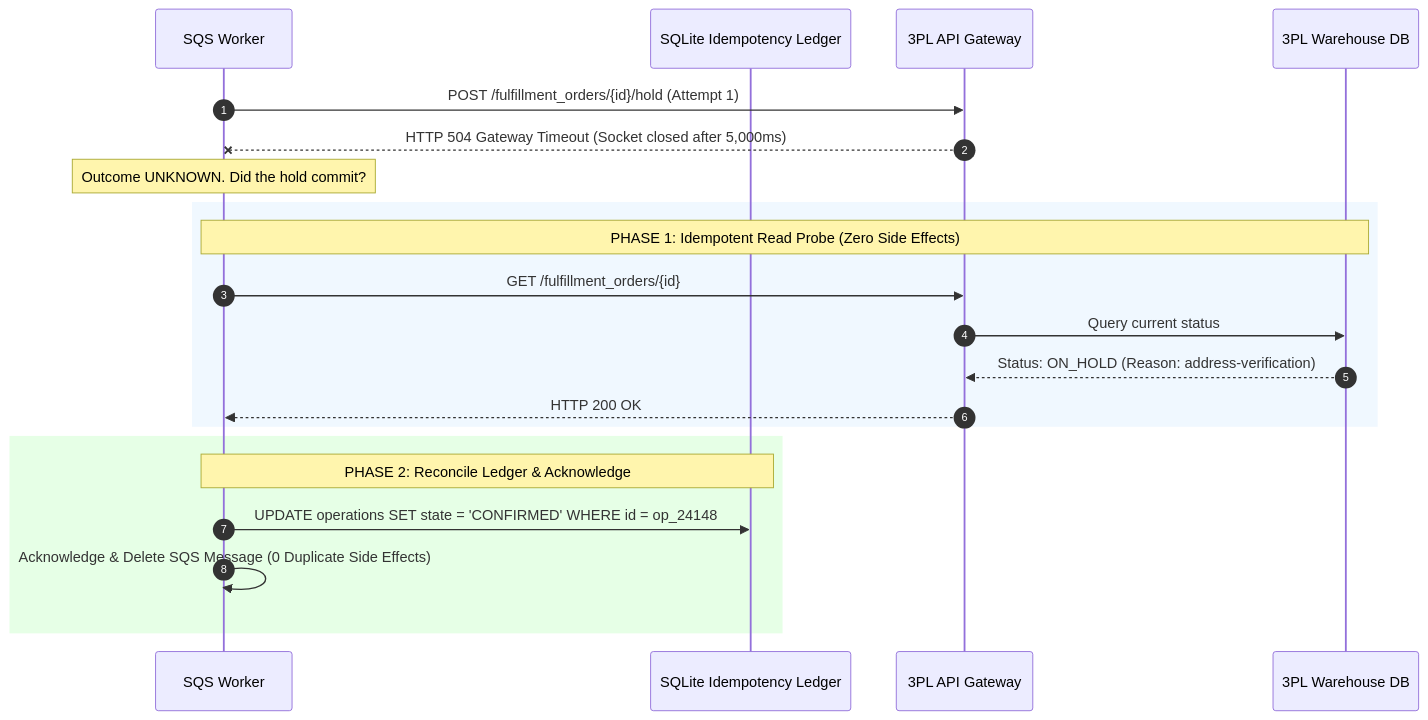
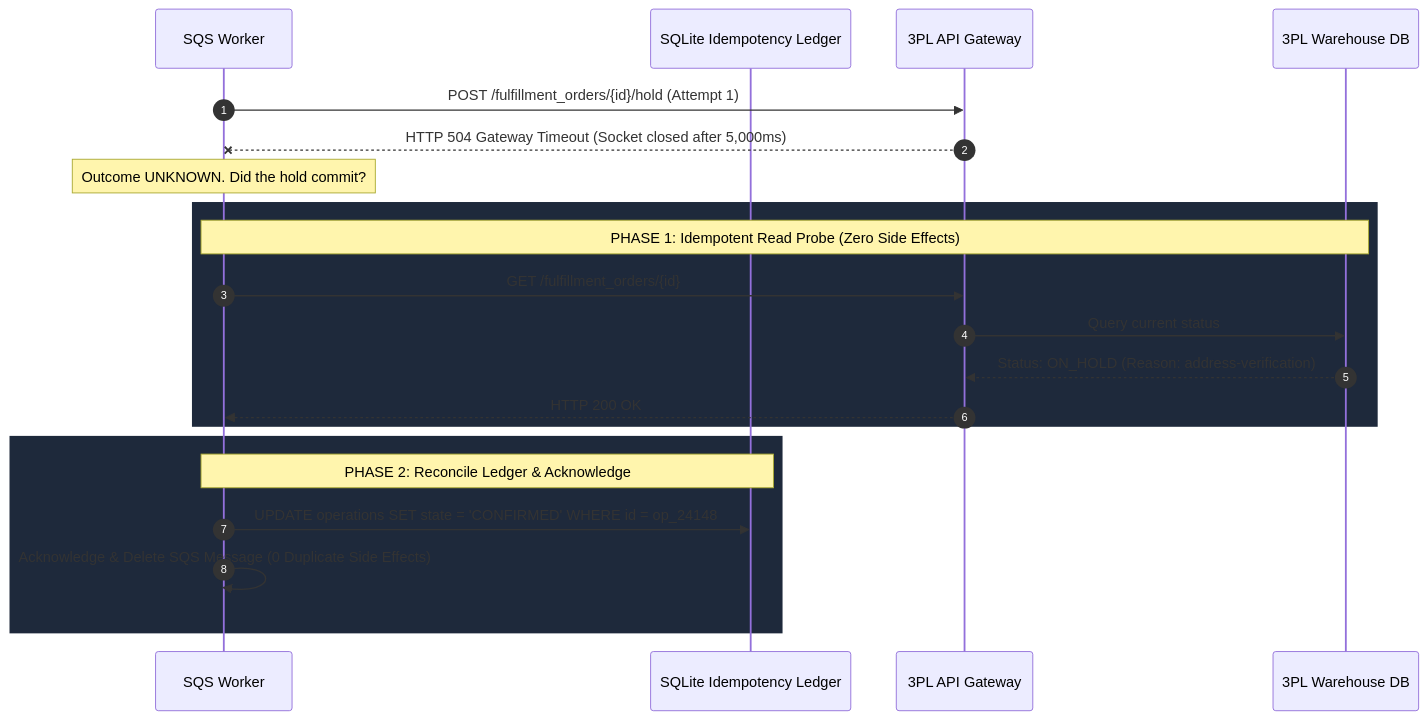
One commit to riovicsusas/portfolio changed the sixth of 7 diagrams in domain-4-business-automation/MasterDossier-Domain4-WebhookAutomationAndFlowTriage.md. Above: the diagram before and after it, drawn with Mermaid. The commit also changed other lines of this file, not shown here.

````diff
--- a/domain-4-business-automation/MasterDossier-Domain4-WebhookAutomationAndFlowTriage.md
+++ b/domain-4-business-automation/MasterDossier-Domain4-WebhookAutomationAndFlowTriage.md
@@ -418,26 +417,26 @@
 ```mermaid
 sequenceDiagram
     autonumber
     participant W as SQS Worker
     participant L as SQLite Idempotency Ledger
     participant G as 3PL API Gateway
     participant DB as 3PL Warehouse DB
 
     W->>G: POST /fulfillment_orders/{id}/hold (Attempt 1)
     G--xW: HTTP 504 Gateway Timeout (Socket closed after 5,000ms)
     Note over W: Outcome UNKNOWN. Did the hold commit?
 
-    rect rgb(240, 248, 255)
+    rect rgb(30, 41, 59)
     Note over W,DB: PHASE 1: Idempotent Read Probe (Zero Side Effects)
     W->>G: GET /fulfillment_orders/{id}
     G->>DB: Query current status
     DB-->>G: Status: ON_HOLD (Reason: address-verification)
     G-->>W: HTTP 200 OK
     end
 
-    rect rgb(230, 255, 230)
+    rect rgb(30, 41, 59)
     Note over W,L: PHASE 2: Reconcile Ledger & Acknowledge
     W->>L: UPDATE operations SET state = 'CONFIRMED' WHERE id = op_24148
     W->>W: Acknowledge & Delete SQS Message (0 Duplicate Side Effects)
     end
 ```
````
